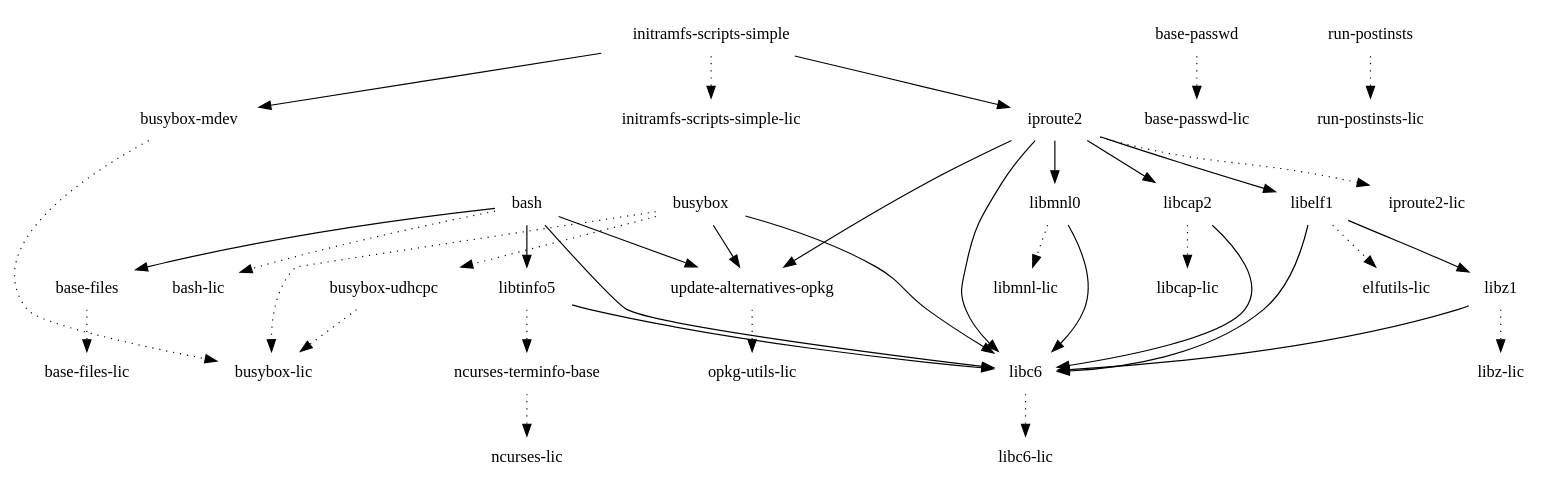
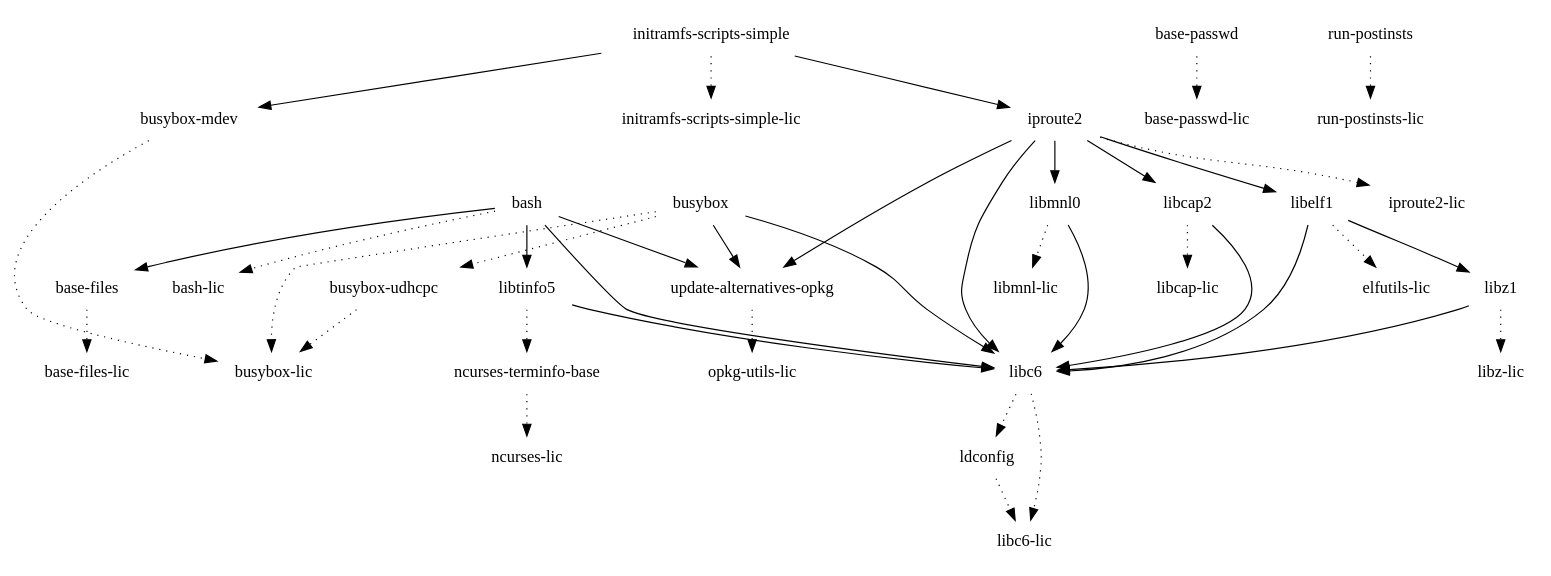
One commit to webOS-ports/buildhistory changed the diagram in images/pinephone/glibc/initramfs-uboot-image/depends.dot. Above: the diagram before and after it, drawn with Graphviz. The commit also changed 10183 other files, not shown here.

```diff
--- a/images/pinephone/glibc/initramfs-uboot-image/depends.dot
+++ b/images/pinephone/glibc/initramfs-uboot-image/depends.dot
@@ -1,40 +1,42 @@
 digraph depends {
     node [shape=plaintext]
 "base-files" -> "base-files-lic" [style=dotted]
 "base-passwd" -> "base-passwd-lic" [style=dotted]
 "bash" -> "base-files"
 "bash" -> "bash-lic" [style=dotted]
 "bash" -> "libc6"
 "bash" -> "libtinfo5"
 "bash" -> "update-alternatives-opkg"
 "busybox" -> "busybox-lic" [style=dotted]
 "busybox" -> "busybox-udhcpc" [style=dotted]
 "busybox" -> "libc6"
 "busybox-mdev" -> "busybox-lic" [style=dotted]
 "busybox-udhcpc" -> "busybox-lic" [style=dotted]
 "busybox" -> "update-alternatives-opkg"
 "initramfs-scripts-simple" -> "busybox-mdev"
 "initramfs-scripts-simple" -> "initramfs-scripts-simple-lic" [style=dotted]
 "initramfs-scripts-simple" -> "iproute2"
 "iproute2" -> "iproute2-lic" [style=dotted]
 "iproute2" -> "libc6"
 "iproute2" -> "libcap2"
 "iproute2" -> "libelf1"
 "iproute2" -> "libmnl0"
 "iproute2" -> "update-alternatives-opkg"
+"ldconfig" -> "libc6-lic" [style=dotted]
+"libc6" -> "ldconfig" [style=dotted]
 "libc6" -> "libc6-lic" [style=dotted]
 "libcap2" -> "libc6"
 "libcap2" -> "libcap-lic" [style=dotted]
 "libelf1" -> "elfutils-lic" [style=dotted]
 "libelf1" -> "libc6"
 "libelf1" -> "libz1"
 "libmnl0" -> "libc6"
 "libmnl0" -> "libmnl-lic" [style=dotted]
 "libtinfo5" -> "libc6"
 "libtinfo5" -> "ncurses-terminfo-base" [style=dotted]
 "libz1" -> "libc6"
 "libz1" -> "libz-lic" [style=dotted]
 "ncurses-terminfo-base" -> "ncurses-lic" [style=dotted]
 "run-postinsts" -> "run-postinsts-lic" [style=dotted]
 "update-alternatives-opkg" -> "opkg-utils-lic" [style=dotted]
 }
```
